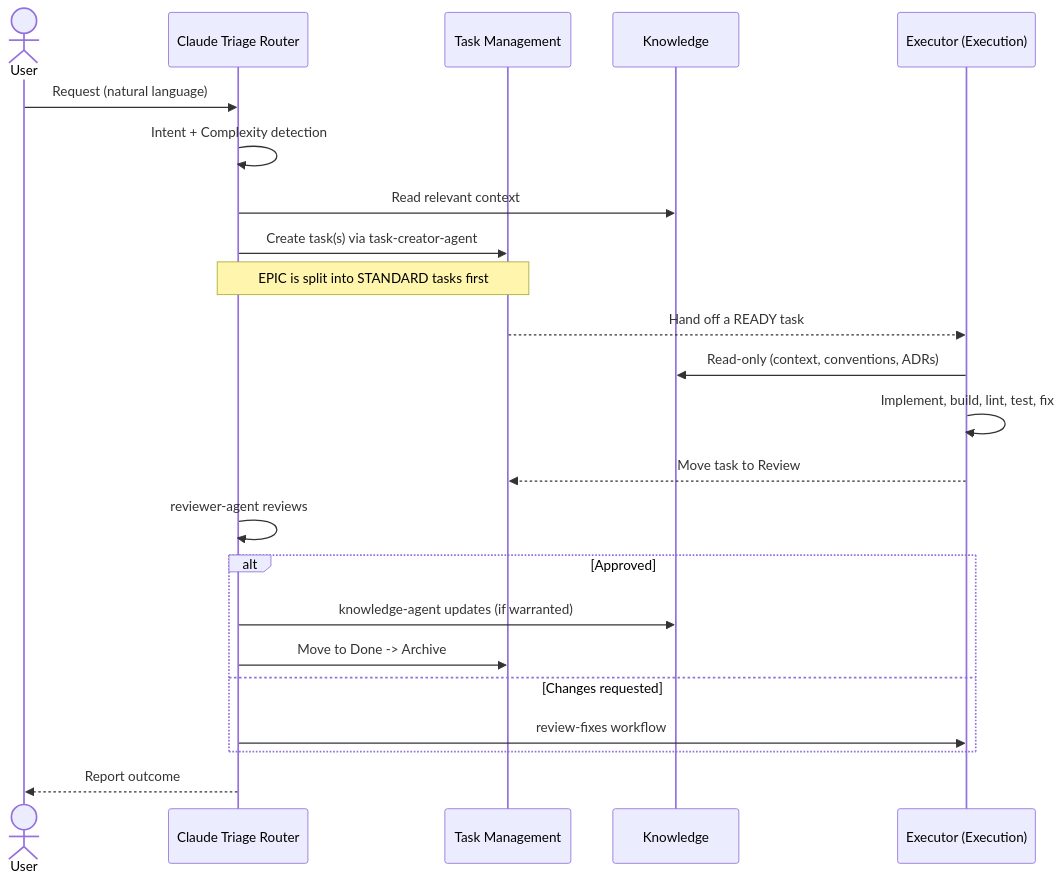
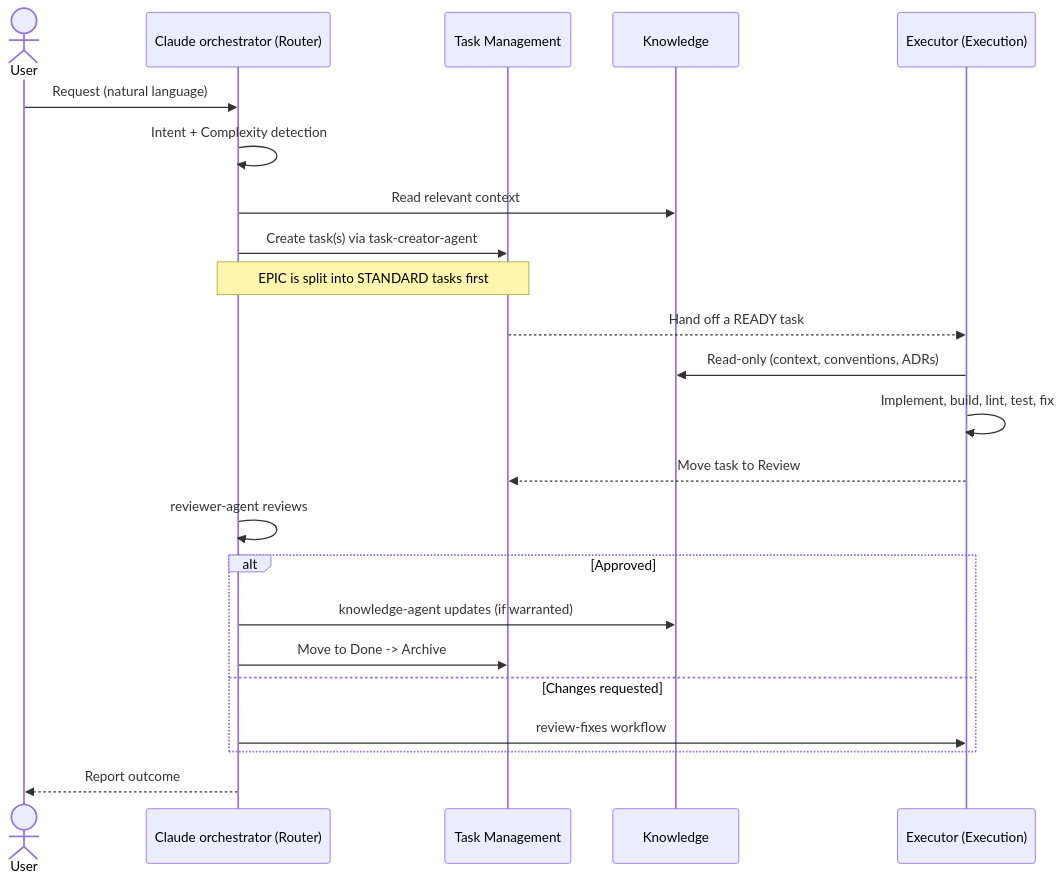
Before and after one commit to Vtquan123/strix: the second of 2 diagrams in reference/workflow/README.md, drawn with Mermaid. The commit also changed other lines of this file and 52 other files, not shown here.

````diff
--- a/reference/workflow/README.md
+++ b/reference/workflow/README.md
@@ -58,26 +58,26 @@
 ```mermaid
 sequenceDiagram
     actor User
-    participant Router as Claude Triage Router
+    participant Router as Claude orchestrator (Router)
     participant Tasks as Task Management
     participant Know as Knowledge
     participant Executor as Executor (Execution)
 
     User->>Router: Request (natural language)
     Router->>Router: Intent + Complexity detection
     Router->>Know: Read relevant context
     Router->>Tasks: Create task(s) via task-creator-agent
     Note over Router,Tasks: EPIC is split into STANDARD tasks first
     Tasks-->>Executor: Hand off a READY task
     Executor->>Know: Read-only (context, conventions, ADRs)
     Executor->>Executor: Implement, build, lint, test, fix
     Executor-->>Tasks: Move task to Review
     Router->>Router: reviewer-agent reviews
     alt Approved
         Router->>Know: knowledge-agent updates (if warranted)
         Router->>Tasks: Move to Done -> Archive
     else Changes requested
         Router->>Executor: review-fixes workflow
     end
     Router-->>User: Report outcome
 ```
````
